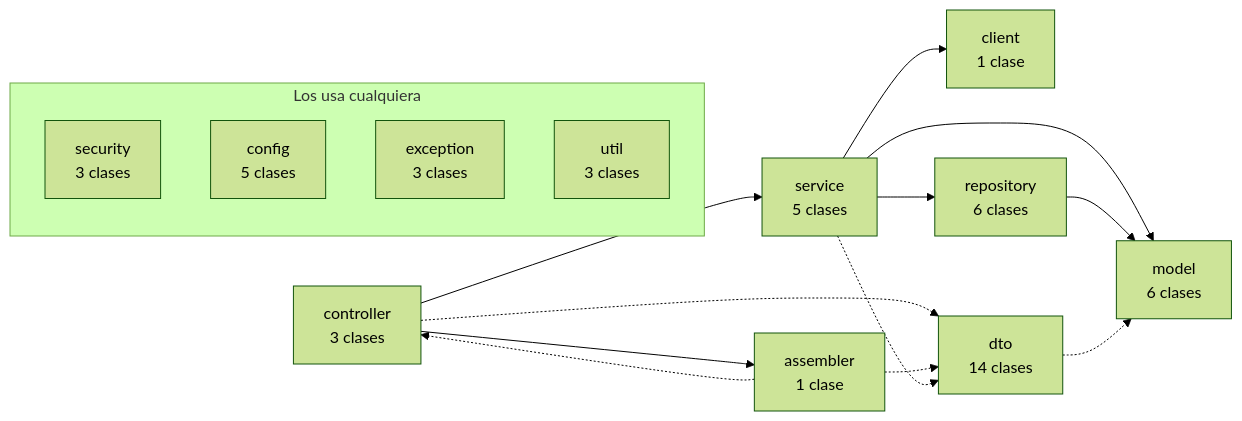
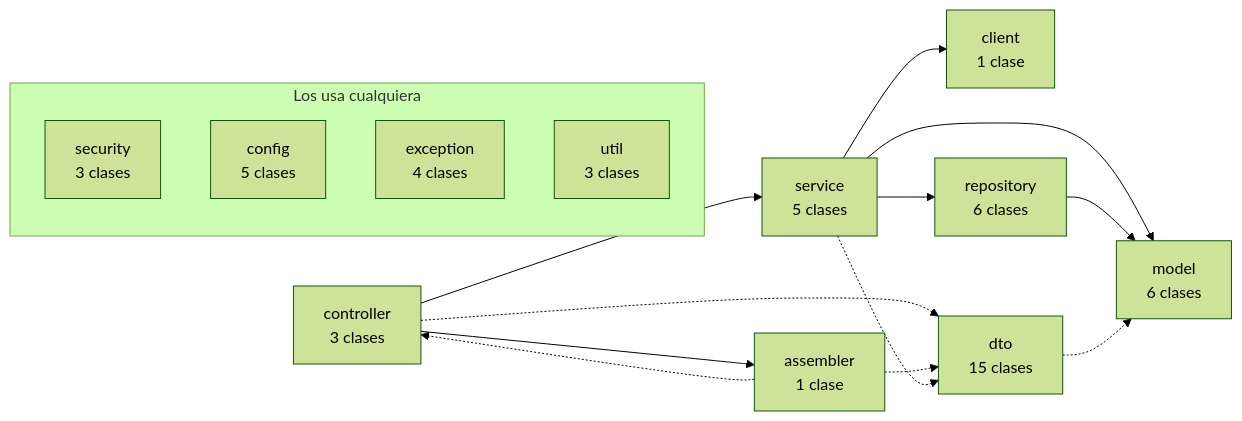
The second of 8 diagrams in docs/diagramas/componentes.md (TechnicalBridge/DataBridge), drawn with Mermaid (forest theme) before and after one commit. The commit also changed other lines of this file and 35 other files, not shown here.

````diff
--- a/docs/diagramas/componentes.md
+++ b/docs/diagramas/componentes.md
@@ -132,28 +132,28 @@
 ```mermaid
 flowchart LR
     controller["controller<br/>3 clases"]
     assembler["assembler<br/>1 clase"]
     service["service<br/>5 clases"]
     client["client<br/>1 clase"]
     repository["repository<br/>6 clases"]
     model["model<br/>6 clases"]
-    dto["dto<br/>14 clases"]
+    dto["dto<br/>15 clases"]
     subgraph TRANSVERSAL["Los usa cualquiera"]
         direction TB
         security["security<br/>3 clases"]
         config["config<br/>5 clases"]
-        exception["exception<br/>3 clases"]
+        exception["exception<br/>4 clases"]
         util["util<br/>3 clases"]
     end
     controller --> assembler
     controller --> service
     controller -.-> dto
     assembler -.-> controller
     assembler -.-> dto
     service --> client
     service --> repository
     service --> model
     service -.-> dto
     repository --> model
     dto -.-> model
 ```
````
